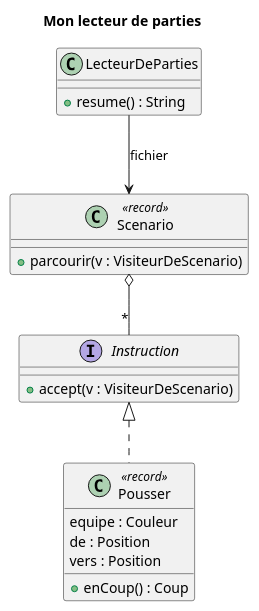
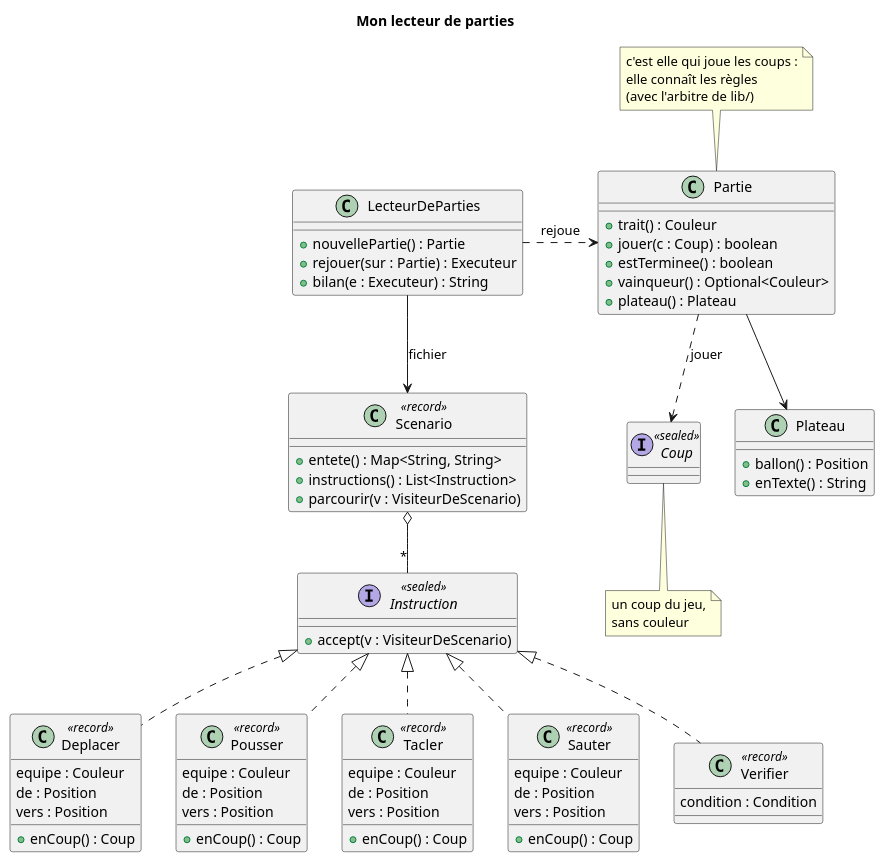
Before and after one commit to acherm/cpoo2-s04-lecteur: the diagram in rendus/s04-lecteur.puml, drawn with PlantUML. The commit also changed other lines of this file and 19 other files, not shown here.

First line of the commit message:
Q1 : le résultat de la partie, demandé à l'Executeur en fin de parcours

```diff
--- a/rendus/s04-lecteur.puml
+++ b/rendus/s04-lecteur.puml
@@ -4,23 +4,69 @@
 @startuml
 title Mon lecteur de parties
 
 class LecteurDeParties {
-  +resume() : String
+  +nouvellePartie() : Partie
+  +rejouer(sur : Partie) : Executeur
+  +bilan(e : Executeur) : String
 }
 class Scenario <<record>> {
+  +entete() : Map<String, String>
+  +instructions() : List<Instruction>
   +parcourir(v : VisiteurDeScenario)
 }
-interface Instruction {
+interface Instruction <<sealed>> {
   +accept(v : VisiteurDeScenario)
+}
+class Deplacer <<record>> {
+  equipe : Couleur
+  de : Position
+  vers : Position
+  +enCoup() : Coup
 }
 class Pousser <<record>> {
   equipe : Couleur
   de : Position
   vers : Position
   +enCoup() : Coup
 }
+class Tacler <<record>> {
+  equipe : Couleur
+  de : Position
+  vers : Position
+  +enCoup() : Coup
+}
+class Sauter <<record>> {
+  equipe : Couleur
+  de : Position
+  vers : Position
+  +enCoup() : Coup
+}
+class Verifier <<record>> {
+  condition : Condition
+}
+interface Coup <<sealed>>
+note bottom of Coup : un coup du jeu,\nsans couleur
+class Partie {
+  +trait() : Couleur
+  +jouer(c : Coup) : boolean
+  +estTerminee() : boolean
+  +vainqueur() : Optional<Couleur>
+  +plateau() : Plateau
+}
+note top of Partie : c'est elle qui joue les coups :\nelle connaît les règles\n(avec l'arbitre de lib/)
+class Plateau {
+  +ballon() : Position
+  +enTexte() : String
+}
 
 LecteurDeParties --> Scenario : fichier
+LecteurDeParties .r.> Partie : rejoue
 Scenario o-- "*" Instruction
+Instruction <|.. Deplacer
 Instruction <|.. Pousser
+Instruction <|.. Tacler
+Instruction <|.. Sauter
+Instruction <|.. Verifier
+Partie --> Plateau
+Partie ..> Coup : jouer
 @enduml
```
